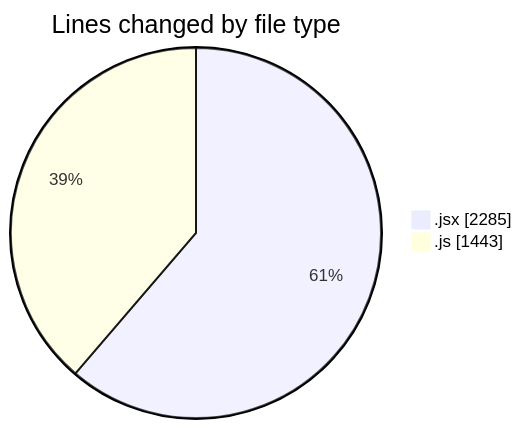
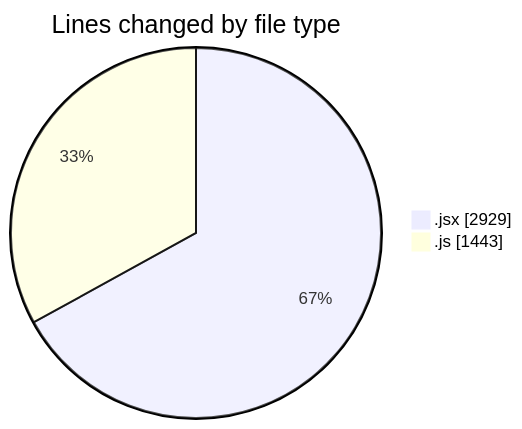
One commit to nxtqubesakshisongat/code-tracking changed the first of 2 diagrams in 2025-11-13/argos/README.md. Above: the diagram before and after it, drawn with Mermaid. The commit also changed other lines of this file and 1 other file, not shown here.

````diff
--- a/2025-11-13/argos/README.md
+++ b/2025-11-13/argos/README.md
@@ -34,6 +35,6 @@
 ```mermaid
 pie showData
 title Lines changed by file type
-".jsx" : 2285
+".jsx" : 2929
 ".js" : 1443
 ```
````
